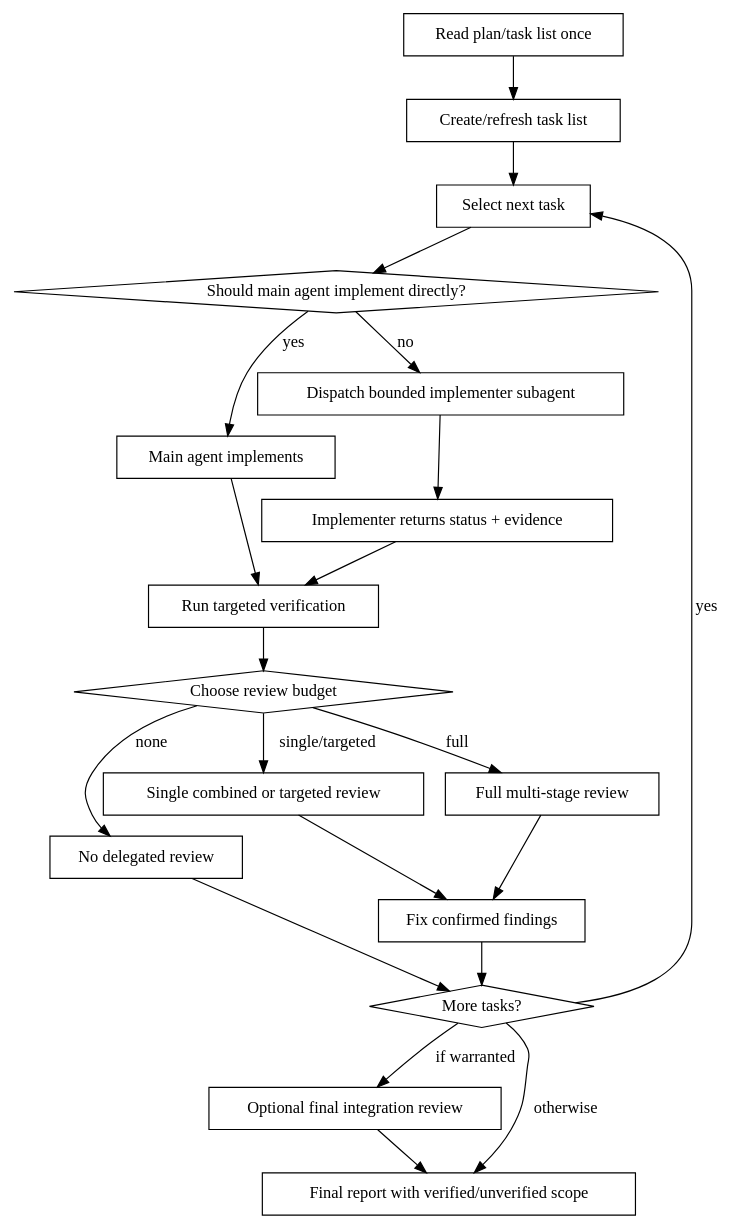
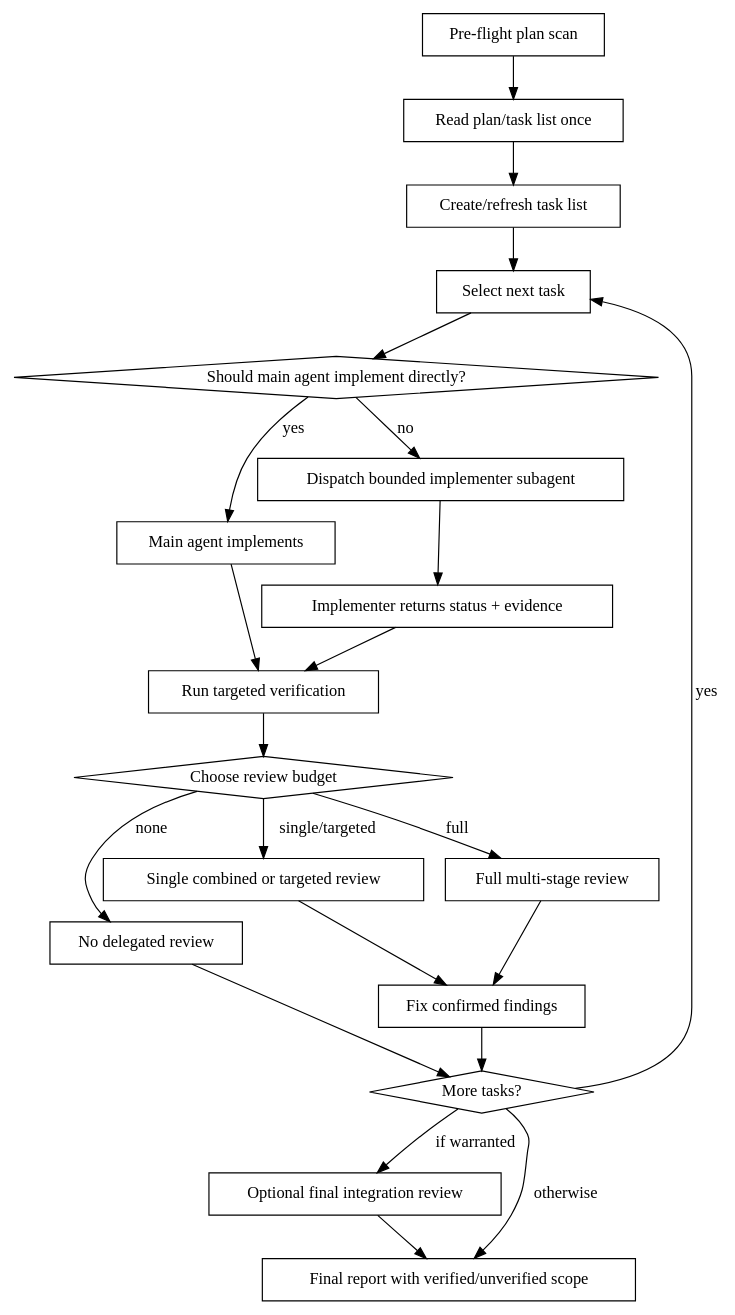
One commit to hungvimanh/hero-vibe-kit changed the second of 2 diagrams in templates/skills/subagent-driven-development/SKILL.md. Above: the diagram before and after it, drawn with Graphviz. The commit also changed other lines of this file and 91 other files, not shown here.

````diff
--- a/templates/skills/subagent-driven-development/SKILL.md
+++ b/templates/skills/subagent-driven-development/SKILL.md
@@ -63,43 +75,45 @@
 ```dot
 digraph process {
     rankdir=TB;
 
+    "Pre-flight plan scan" [shape=box];
     "Read plan/task list once" [shape=box];
     "Create/refresh task list" [shape=box];
     "Select next task" [shape=box];
     "Should main agent implement directly?" [shape=diamond];
     "Main agent implements" [shape=box];
     "Dispatch bounded implementer subagent" [shape=box];
     "Implementer returns status + evidence" [shape=box];
     "Run targeted verification" [shape=box];
     "Choose review budget" [shape=diamond];
     "No delegated review" [shape=box];
     "Single combined or targeted review" [shape=box];
     "Full multi-stage review" [shape=box];
     "Fix confirmed findings" [shape=box];
     "More tasks?" [shape=diamond];
     "Optional final integration review" [shape=box];
     "Final report with verified/unverified scope" [shape=box];
 
+    "Pre-flight plan scan" -> "Read plan/task list once";
     "Read plan/task list once" -> "Create/refresh task list";
     "Create/refresh task list" -> "Select next task";
     "Select next task" -> "Should main agent implement directly?";
     "Should main agent implement directly?" -> "Main agent implements" [label="yes"];
     "Should main agent implement directly?" -> "Dispatch bounded implementer subagent" [label="no"];
     "Dispatch bounded implementer subagent" -> "Implementer returns status + evidence";
     "Main agent implements" -> "Run targeted verification";
     "Implementer returns status + evidence" -> "Run targeted verification";
     "Run targeted verification" -> "Choose review budget";
     "Choose review budget" -> "No delegated review" [label="none"];
     "Choose review budget" -> "Single combined or targeted review" [label="single/targeted"];
     "Choose review budget" -> "Full multi-stage review" [label="full"];
     "Single combined or targeted review" -> "Fix confirmed findings";
     "Full multi-stage review" -> "Fix confirmed findings";
     "No delegated review" -> "More tasks?";
     "Fix confirmed findings" -> "More tasks?";
     "More tasks?" -> "Select next task" [label="yes"];
     "More tasks?" -> "Optional final integration review" [label="if warranted"];
     "More tasks?" -> "Final report with verified/unverified scope" [label="otherwise"];
     "Optional final integration review" -> "Final report with verified/unverified scope";
 }
 ```
````
